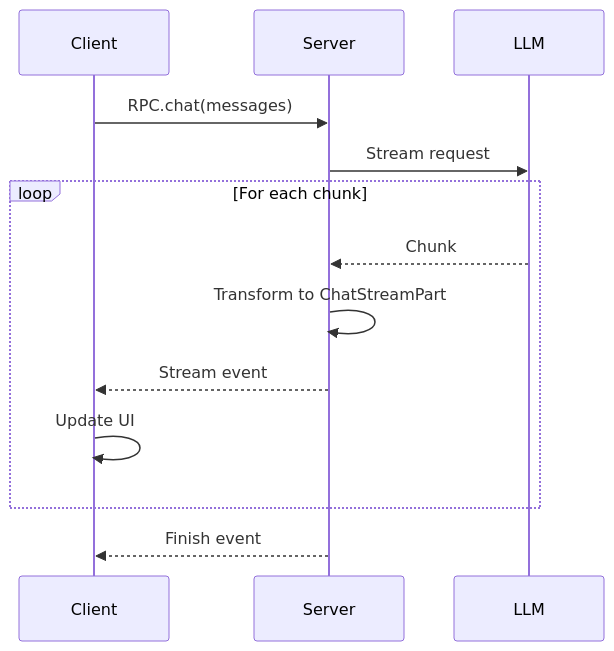
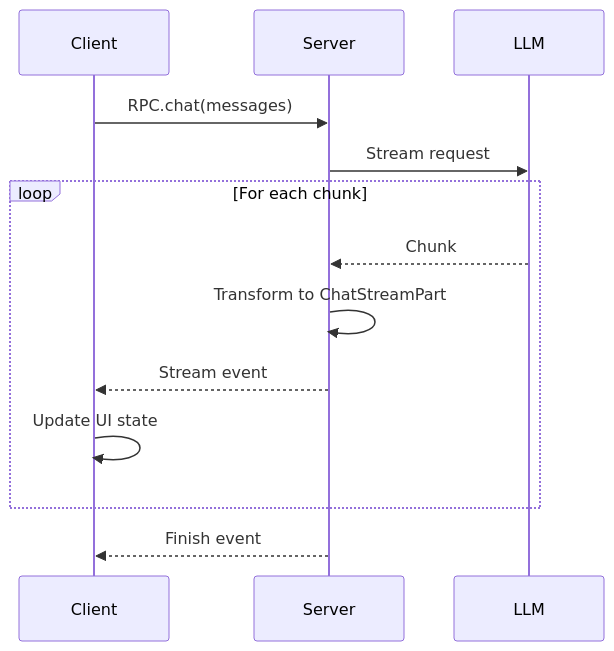
The third of 3 diagrams in src/app/labs/(content)/053-agentic-chat-app/page.mdx (lloydrichards/proj_portfolio-website), drawn with Mermaid before and after one commit. The commit also changed other lines of this file and 1 other file, not shown here.

````diff
--- a/src/app/labs/(content)/053-agentic-chat-app/page.mdx
+++ b/src/app/labs/(content)/053-agentic-chat-app/page.mdx
@@ -199,12 +214,12 @@
 ```mermaid
 sequenceDiagram
   Client->>Server: RPC.chat(messages)
   Server->>LLM: Stream request
   loop For each chunk
     LLM-->>Server: Chunk
     Server->>Server: Transform to ChatStreamPart
     Server-->>Client: Stream event
-    Client->>Client: Update UI
+    Client->>Client: Update UI state
   end
   Server-->>Client: Finish event
 ```
````
